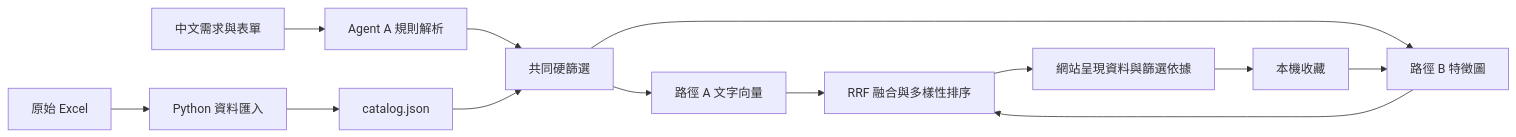
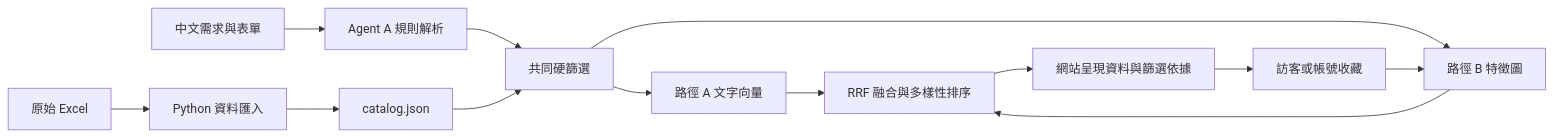
One commit to AIbot1031/drinks_mk2 changed the diagram in docs/系統架構與目前進度.md. Above: the diagram before and after it, drawn with Mermaid. The commit also changed other lines of this file and 12 other files, not shown here.

````diff
--- a/docs/系統架構與目前進度.md
+++ b/docs/系統架構與目前進度.md
@@ -24,15 +24,15 @@
 ```mermaid
 flowchart LR
   Excel[原始 Excel] --> Import[Python 資料匯入]
   Import --> Catalog[catalog.json]
   User[中文需求與表單] --> A[Agent A 規則解析]
   A --> Filter[共同硬篩選]
   Catalog --> Filter
   Filter --> PathA[路徑 A 文字向量]
   Filter --> PathB[路徑 B 特徵圖]
-  Likes[本機收藏] --> PathB
+  Likes[訪客或帳號收藏] --> PathB
   PathA --> Merge[RRF 融合與多樣性排序]
   PathB --> Merge
   Merge --> Web[網站呈現資料與篩選依據]
   Web --> Likes
 ```
````
